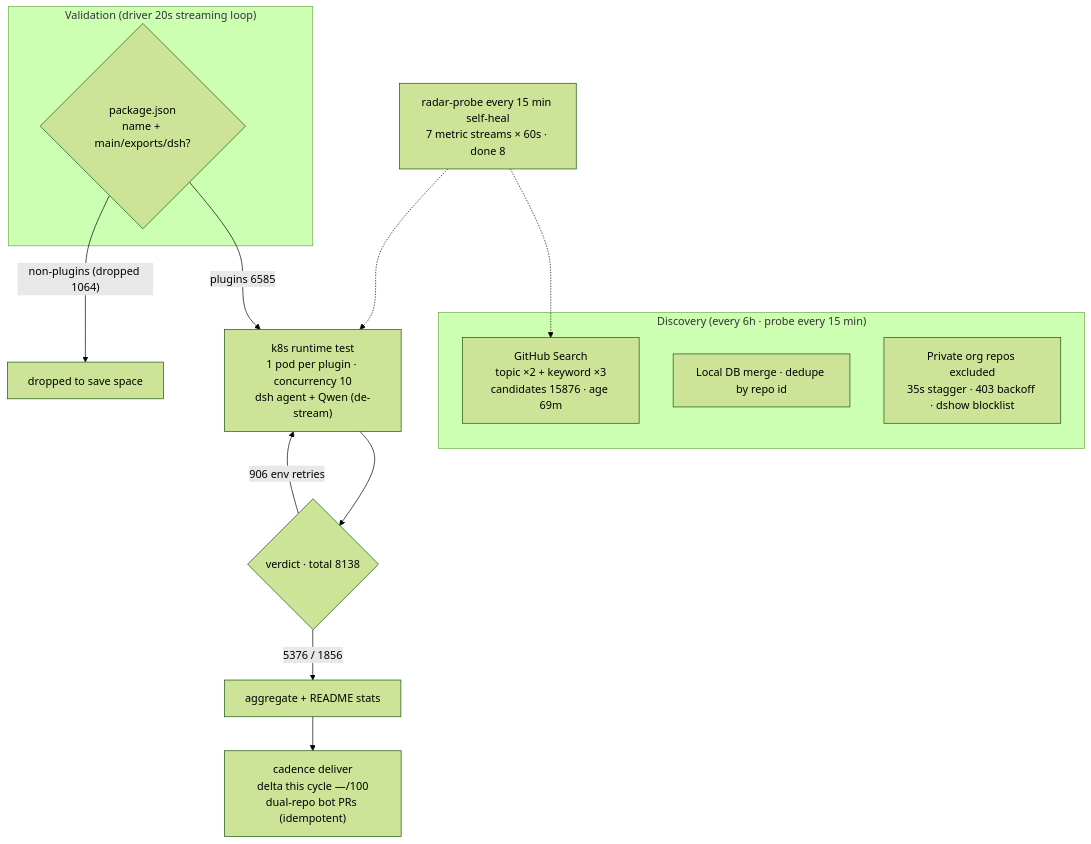
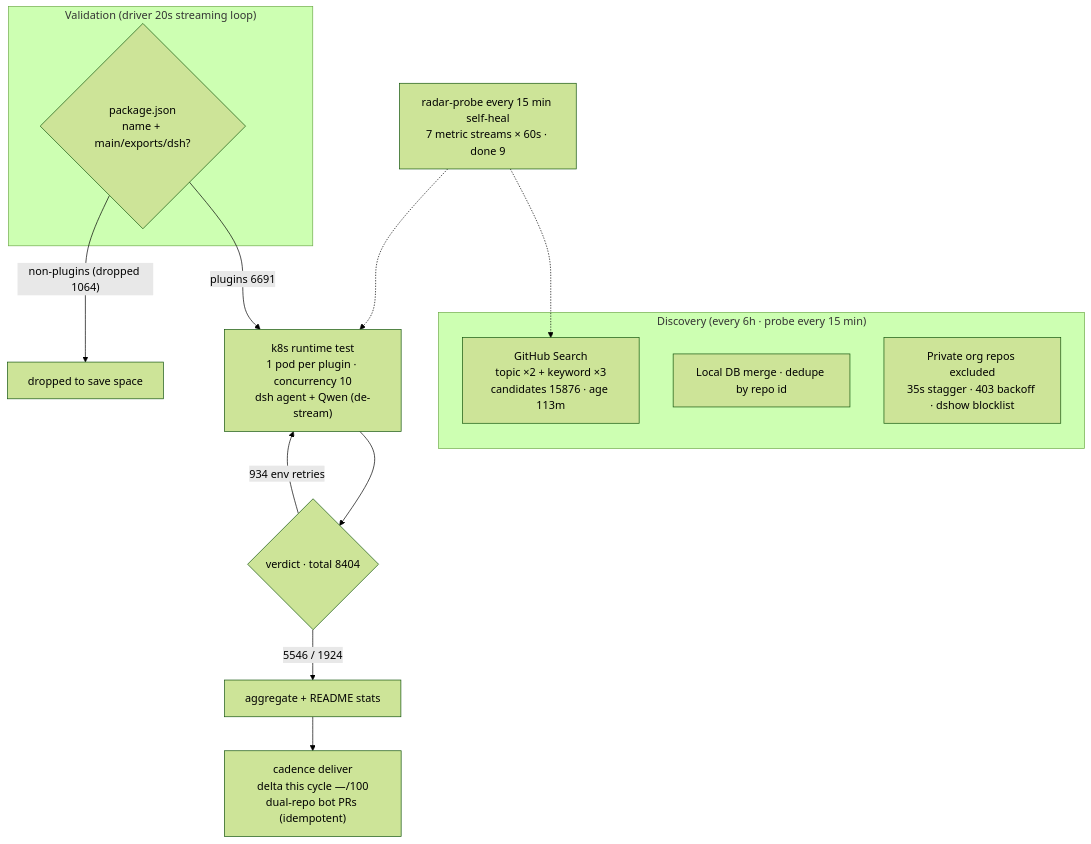
The diagram in README.en-US.md (AdamPlatin123/awesome-dsh-plugins), drawn with Mermaid (forest theme) before and after one commit. The commit also changed other lines of this file and 4 other files, not shown here.

````diff
--- a/README.en-US.md
+++ b/README.en-US.md
@@ -30,20 +30,20 @@
 ```mermaid
 flowchart TB
     subgraph Discovery["Discovery (every 6h · probe every 15 min)"]
-        A1["GitHub Search<br/>topic ×2 + keyword ×3<br/>candidates 15876 · age 69m"]
+        A1["GitHub Search<br/>topic ×2 + keyword ×3<br/>candidates 15876 · age 113m"]
         A2["Local DB merge · dedupe by repo id"]
         A3["Private org repos excluded<br/>35s stagger · 403 backoff · dshow blocklist"]
     end
     subgraph Validation["Validation (driver 20s streaming loop)"]
         B1{"package.json<br/>name + main/exports/dsh?"}
     end
-    B1 -->|"plugins 6585"| C1["k8s runtime test<br/>1 pod per plugin · concurrency 10<br/>dsh agent + Qwen (de-stream)"]
+    B1 -->|"plugins 6691"| C1["k8s runtime test<br/>1 pod per plugin · concurrency 10<br/>dsh agent + Qwen (de-stream)"]
     B1 -->|"non-plugins (dropped 1064)"| B3["dropped to save space"]
-    C1 --> D1{"verdict · total 8138"}
-    D1 -->|"5376 / 1856"| E1["aggregate + README stats"]
-    D1 -->|"906 env retries"| C1
+    C1 --> D1{"verdict · total 8404"}
+    D1 -->|"5546 / 1924"| E1["aggregate + README stats"]
+    D1 -->|"934 env retries"| C1
     E1 --> E2["cadence deliver<br/>delta this cycle —/100<br/>dual-repo bot PRs (idempotent)"]
-    M["radar-probe every 15 min self-heal<br/>7 metric streams × 60s · done 8"]
+    M["radar-probe every 15 min self-heal<br/>7 metric streams × 60s · done 9"]
     M -.-> A1
     M -.-> C1
 ```
````
